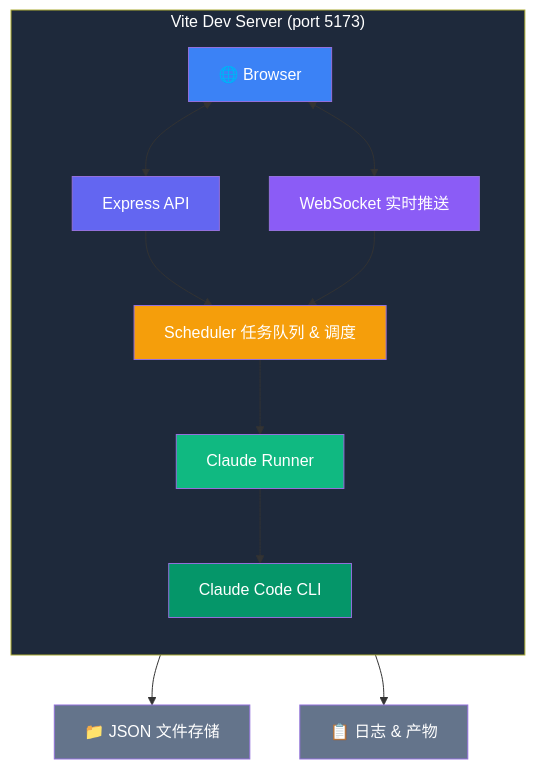
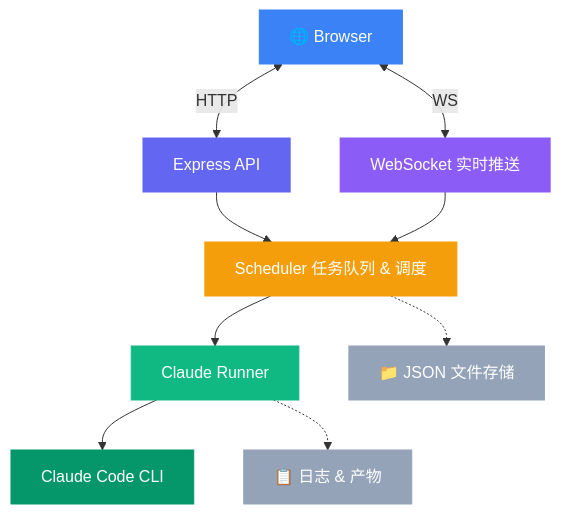
The third of 3 diagrams in README.md (yunafang/Spec-Kanban), drawn with Mermaid before and after one commit. The commit also changed other lines of this file, not shown here.

Commit message:
docs: 简化架构图，去掉 subgraph 改善线条可见性

````diff
--- a/README.md
+++ b/README.md
@@ -111,24 +111,20 @@
 ```mermaid
 graph TB
-    subgraph Vite["Vite Dev Server (port 5173)"]
-        direction TB
-        Browser["🌐 Browser"] <--> Express["Express API"]
-        Browser <--> WS["WebSocket 实时推送"]
-        Express --> Scheduler["Scheduler 任务队列 & 调度"]
-        WS --> Scheduler
-        Scheduler --> Runner["Claude Runner"]
-        Runner --> Claude["Claude Code CLI"]
-    end
-    Scheduler --> Store["📁 JSON 文件存储"]
-    Runner --> Logs["📋 日志 & 产物"]
+    Browser["🌐 Browser"] <-->|HTTP| Express["Express API"]
+    Browser <-->|WS| WS["WebSocket 实时推送"]
+    Express --> Scheduler["Scheduler 任务队列 & 调度"]
+    WS --> Scheduler
+    Scheduler --> Runner["Claude Runner"]
+    Runner --> Claude["Claude Code CLI"]
+    Scheduler -.-> Store["📁 JSON 文件存储"]
+    Runner -.-> Logs["📋 日志 & 产物"]
 
-    style Vite fill:#1e293b,color:#fff
-    style Browser fill:#3b82f6,color:#fff
-    style Express fill:#6366f1,color:#fff
-    style WS fill:#8b5cf6,color:#fff
-    style Scheduler fill:#f59e0b,color:#fff
-    style Runner fill:#10b981,color:#fff
-    style Claude fill:#059669,color:#fff
-    style Store fill:#64748b,color:#fff
-    style Logs fill:#64748b,color:#fff
+    style Browser fill:#3b82f6,color:#fff,stroke:#3b82f6
+    style Express fill:#6366f1,color:#fff,stroke:#6366f1
+    style WS fill:#8b5cf6,color:#fff,stroke:#8b5cf6
+    style Scheduler fill:#f59e0b,color:#fff,stroke:#f59e0b
+    style Runner fill:#10b981,color:#fff,stroke:#10b981
+    style Claude fill:#059669,color:#fff,stroke:#059669
+    style Store fill:#94a3b8,color:#fff,stroke:#94a3b8
+    style Logs fill:#94a3b8,color:#fff,stroke:#94a3b8
 ```
````
